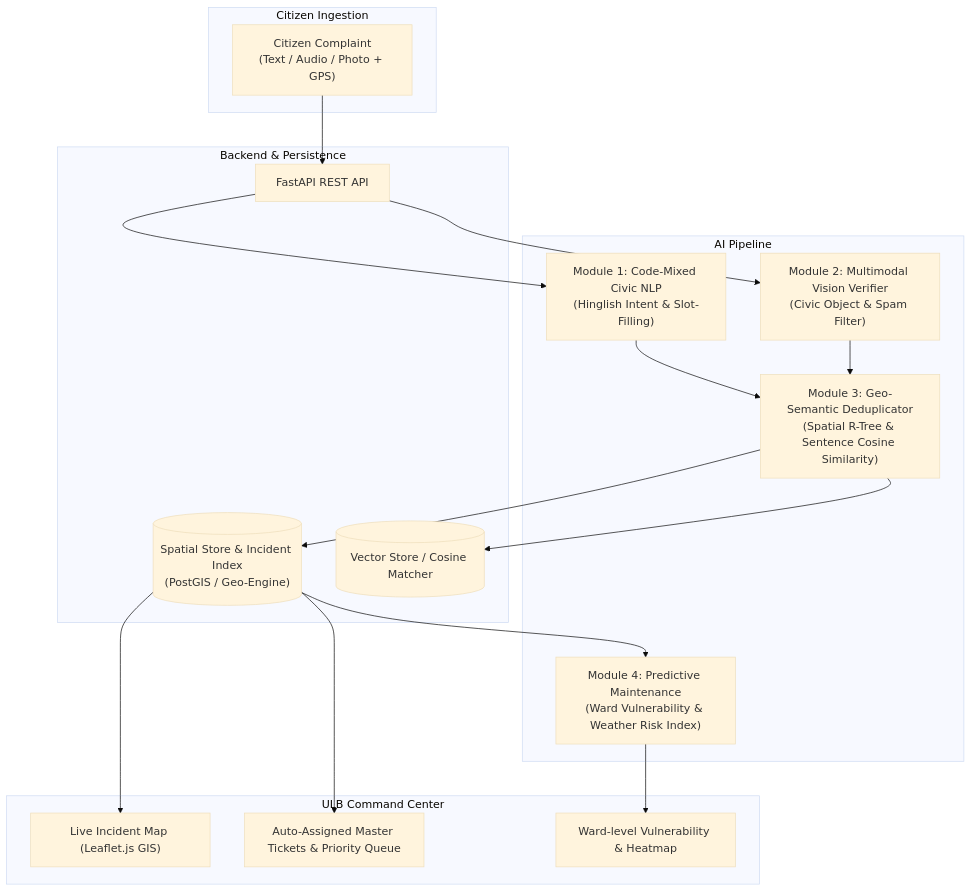
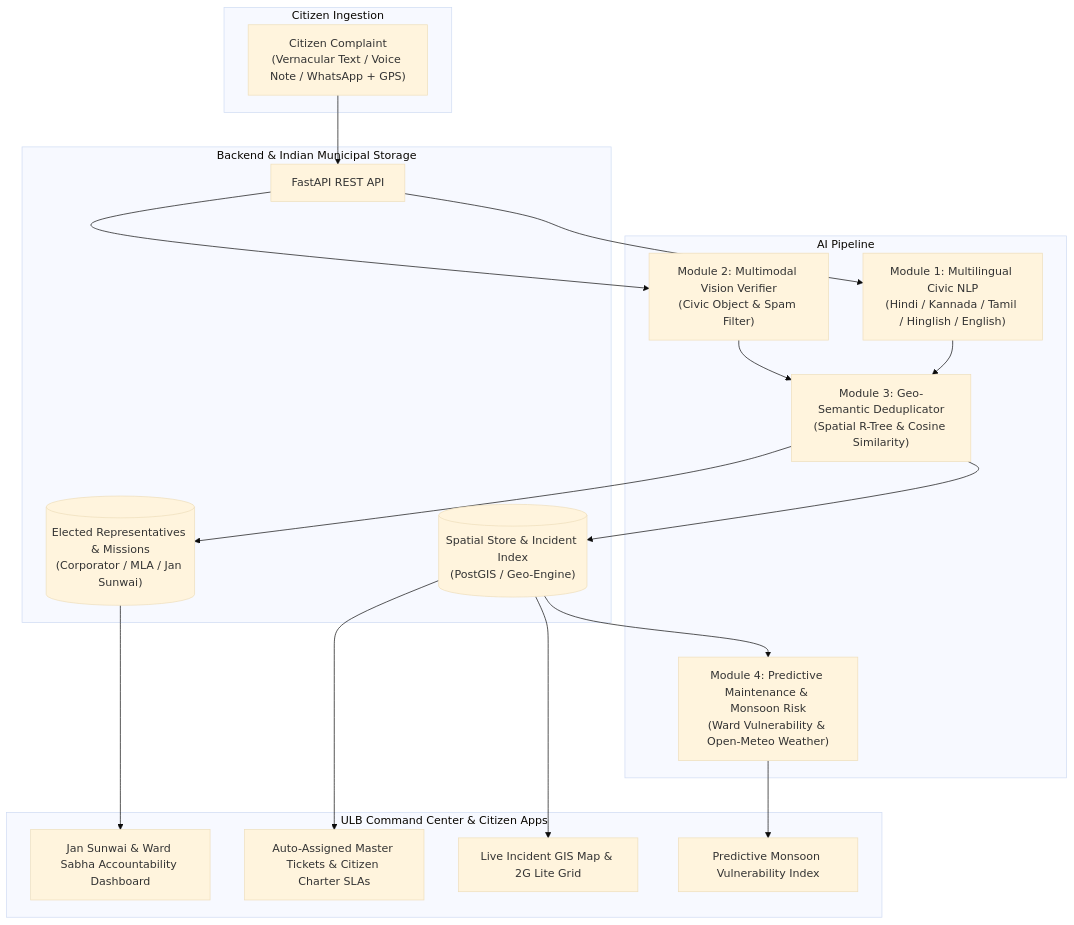
One commit to Kanav2605/SamAashwas changed the diagram in README.md. Above: the diagram before and after it, drawn with Mermaid (base theme). The commit also changed other lines of this file and 21 other files, not shown here.

Commit message:
feat(india): Vernacular multi-language localization, PWA, Jan Sunwai & democratic civic tracking

````diff
--- a/README.md
+++ b/README.md
@@ -26,37 +60,39 @@
 ```mermaid
 flowchart TD
     subgraph Citizen Ingestion
-        A["Citizen Complaint<br/>(Text / Audio / Photo + GPS)"]
+        A["Citizen Complaint<br/>(Vernacular Text / Voice Note / WhatsApp + GPS)"]
     end
 
     subgraph AI Pipeline
-        B["Module 1: Code-Mixed Civic NLP<br/>(Hinglish Intent & Slot-Filling)"]
+        B["Module 1: Multilingual Civic NLP<br/>(Hindi / Kannada / Tamil / Hinglish / English)"]
         C["Module 2: Multimodal Vision Verifier<br/>(Civic Object & Spam Filter)"]
-        D["Module 3: Geo-Semantic Deduplicator<br/>(Spatial R-Tree & Sentence Cosine Similarity)"]
-        E["Module 4: Predictive Maintenance<br/>(Ward Vulnerability & Weather Risk Index)"]
+        D["Module 3: Geo-Semantic Deduplicator<br/>(Spatial R-Tree & Cosine Similarity)"]
+        E["Module 4: Predictive Maintenance & Monsoon Risk<br/>(Ward Vulnerability & Open-Meteo Weather)"]
     end
 
-    subgraph Backend & Persistence
+    subgraph Backend & Indian Municipal Storage
         F["FastAPI REST API"]
         G[("Spatial Store & Incident Index<br/>(PostGIS / Geo-Engine)")]
-        H[("Vector Store / Cosine Matcher")]
+        H[("Elected Representatives & Missions<br/>(Corporator / MLA / Jan Sunwai)")]
     end
 
-    subgraph ULB Command Center
-        I["Live Incident Map (Leaflet.js GIS)"]
-        J["Auto-Assigned Master Tickets & Priority Queue"]
-        K["Ward-level Vulnerability & Heatmap"]
+    subgraph ULB Command Center & Citizen Apps
+        I["Live Incident GIS Map & 2G Lite Grid"]
+        J["Auto-Assigned Master Tickets & Citizen Charter SLAs"]
+        K["Jan Sunwai & Ward Sabha Accountability Dashboard"]
+        L["Predictive Monsoon Vulnerability Index"]
     end
 
     A --> F
     F --> B
     F --> C
     B --> D
     C --> D
     D --> G
     D --> H
     G --> E
-    E --> K
+    E --> L
     G --> I
     G --> J
+    H --> K
 ```
````
